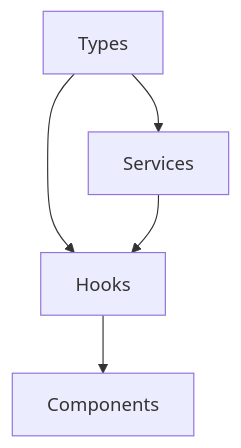
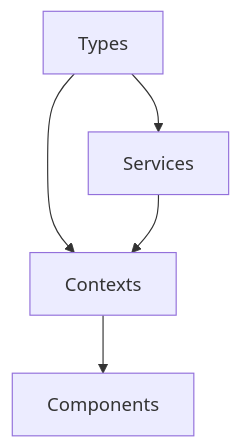
Before and after one commit to NP-Dat/SEproject_StadiumBooking: the diagram in Client/src/ARCHITECTURE.md, drawn with Mermaid. The commit also changed other lines of this file and 11 other files, not shown here.

````diff
--- a/Client/src/ARCHITECTURE.md
+++ b/Client/src/ARCHITECTURE.md
@@ -109,7 +234,7 @@
 ```mermaid
 graph TD
     A[Types] --> B[Services]
-    A --> C[Hooks]
+    A --> C[Contexts]
     B --> C
     C --> D[Components]
 ```
````
